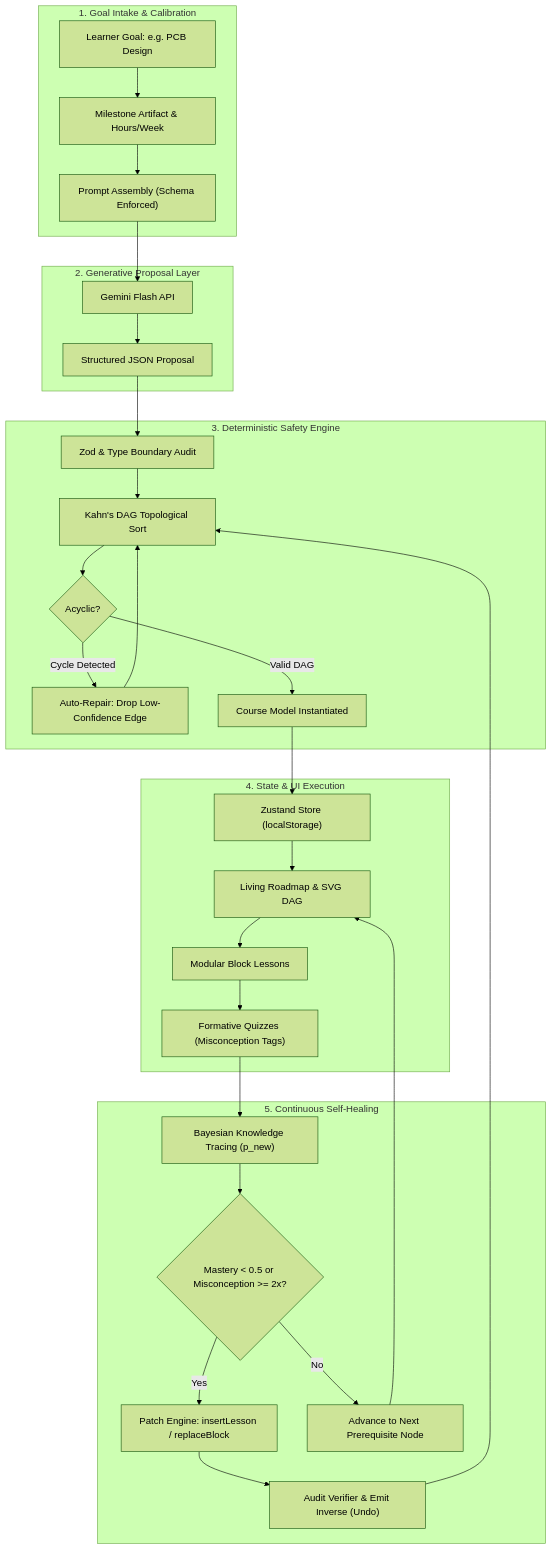
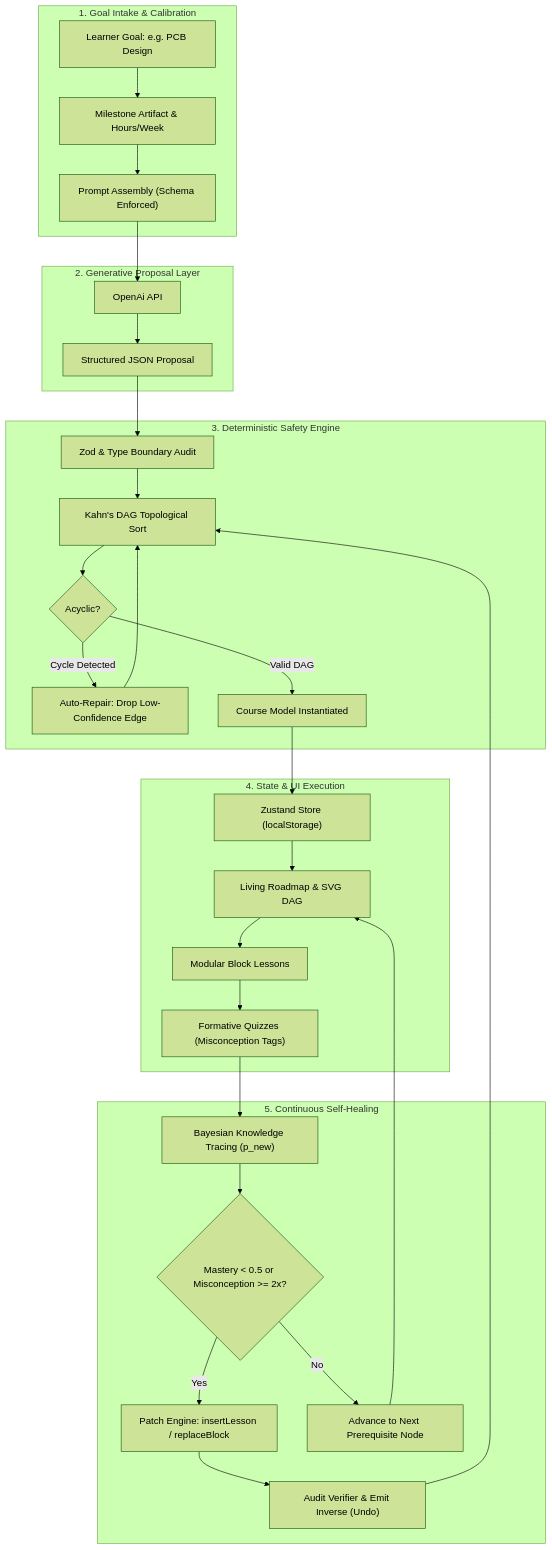
One commit to sidoxsinu/AnyLearn changed the first of 3 diagrams in README.md. Above: the diagram before and after it, drawn with Mermaid (forest theme).

Commit message:
Update API reference from Gemini to OpenAI

````diff
--- a/README.md
+++ b/README.md
@@ -39,38 +39,38 @@
 ```mermaid
 flowchart TD
     subgraph INTAKE ["1. Goal Intake & Calibration"]
         A["Learner Goal: e.g. PCB Design"] --> B["Milestone Artifact & Hours/Week"]
         B --> C["Prompt Assembly (Schema Enforced)"]
     end
 
     subgraph GENERATION ["2. Generative Proposal Layer"]
-        C --> D["Gemini Flash API"]
+        C --> D["OpenAi API"]
         D --> E["Structured JSON Proposal"]
     end
 
     subgraph ENGINE ["3. Deterministic Safety Engine"]
         E --> F["Zod & Type Boundary Audit"]
         F --> G["Kahn's DAG Topological Sort"]
         G --> H{"Acyclic?"}
         H -- "Cycle Detected" --> I["Auto-Repair: Drop Low-Confidence Edge"]
         I --> G
         H -- "Valid DAG" --> J["Course Model Instantiated"]
     end
 
     subgraph CLIENT ["4. State & UI Execution"]
         J --> K["Zustand Store (localStorage)"]
         K --> L["Living Roadmap & SVG DAG"]
         L --> M["Modular Block Lessons"]
         M --> N["Formative Quizzes (Misconception Tags)"]
     end
 
     subgraph ADAPT ["5. Continuous Self-Healing"]
         N --> O["Bayesian Knowledge Tracing (p_new)"]
         O --> P{"Mastery < 0.5 or Misconception >= 2x?"}
         P -- "Yes" --> Q["Patch Engine: insertLesson / replaceBlock"]
         Q --> R["Audit Verifier & Emit Inverse (Undo)"]
         R --> G
         P -- "No" --> S["Advance to Next Prerequisite Node"]
         S --> L
     end
 ```
````
